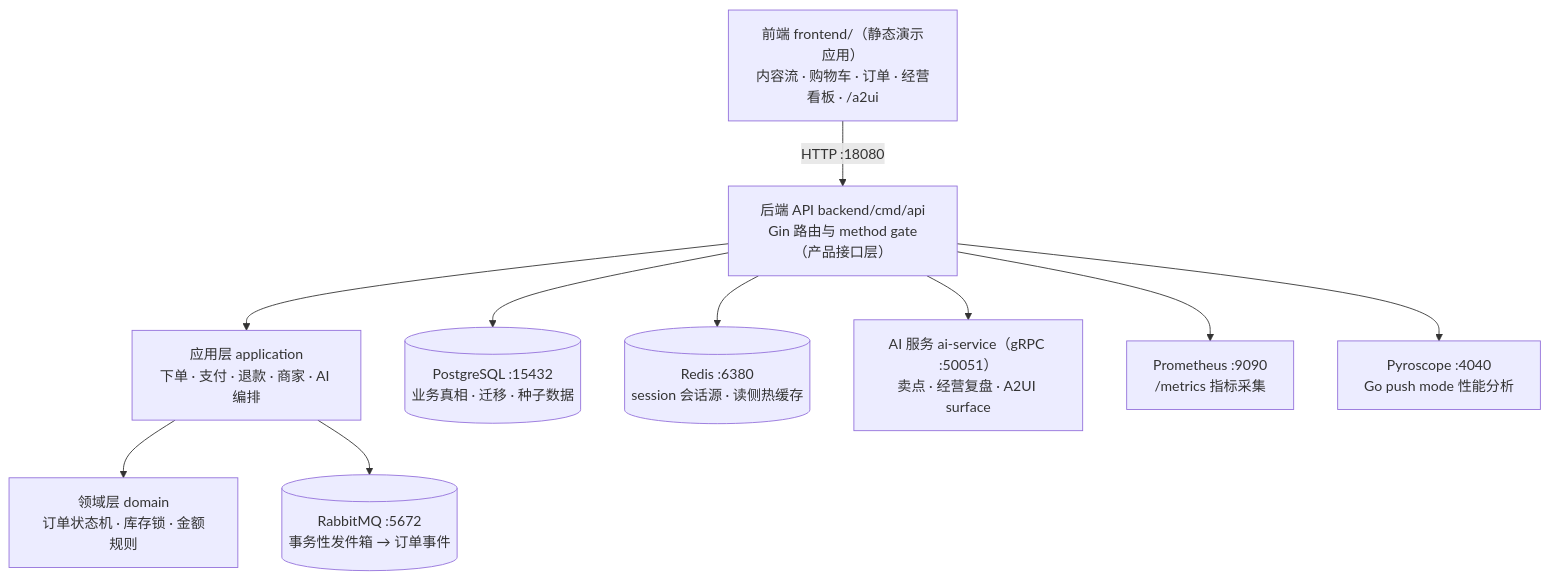
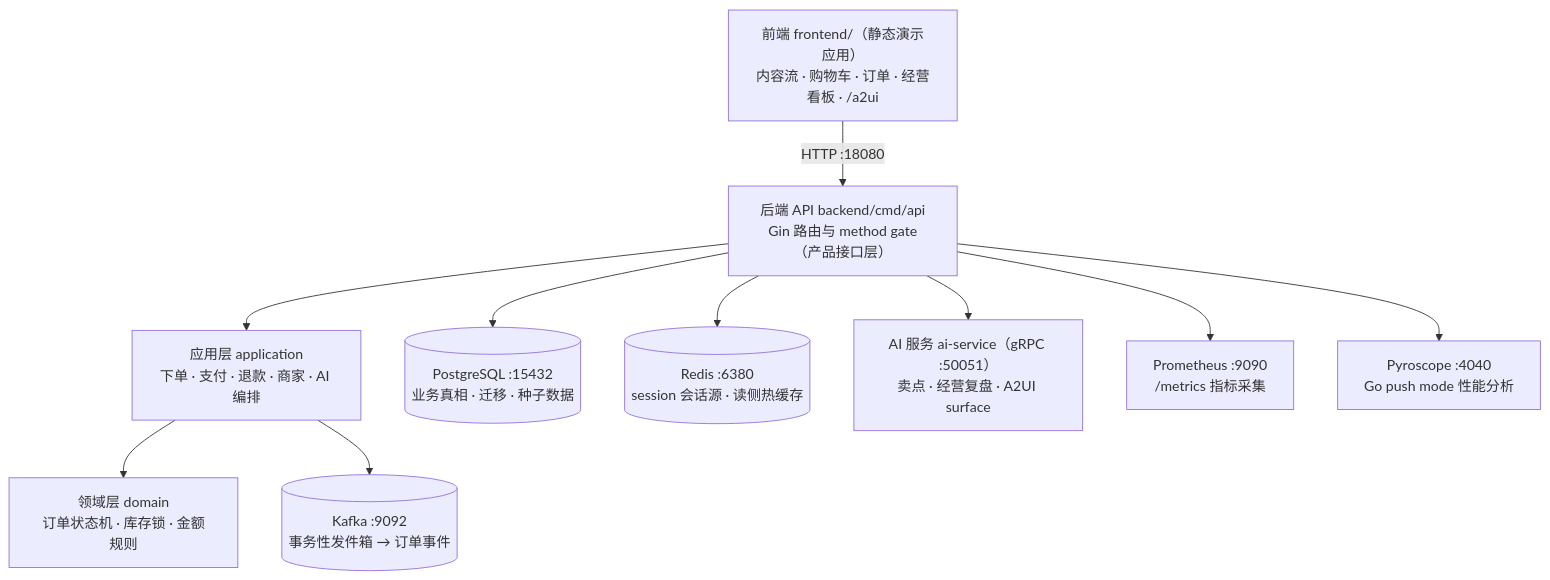
The diagram in showcase/README.md (Sealessland/general_platform), drawn with Mermaid before and after one commit. The commit also changed other lines of this file and 42 other files, not shown here.

````diff
--- a/showcase/README.md
+++ b/showcase/README.md
@@ -51,12 +51,12 @@
 ```mermaid
 graph TD
     FE["前端 frontend/（静态演示应用）<br/>内容流 · 购物车 · 订单 · 经营看板 · /a2ui"] -->|HTTP :18080| API["后端 API backend/cmd/api<br/>Gin 路由与 method gate（产品接口层）"]
     API --> APP["应用层 application<br/>下单 · 支付 · 退款 · 商家 · AI 编排"]
     APP --> DOM["领域层 domain<br/>订单状态机 · 库存锁 · 金额规则"]
     API --> PG[("PostgreSQL :15432<br/>业务真相 · 迁移 · 种子数据")]
     API --> RD[("Redis :6380<br/>session 会话源 · 读侧热缓存")]
-    APP --> MQ[("RabbitMQ :5672<br/>事务性发件箱 → 订单事件")]
+    APP --> MQ[("Kafka :9092<br/>事务性发件箱 → 订单事件")]
     API --> AI["AI 服务 ai-service（gRPC :50051）<br/>卖点 · 经营复盘 · A2UI surface"]
     API --> PROM["Prometheus :9090<br/>/metrics 指标采集"]
     API --> PYRO["Pyroscope :4040<br/>Go push mode 性能分析"]
 ```
````
